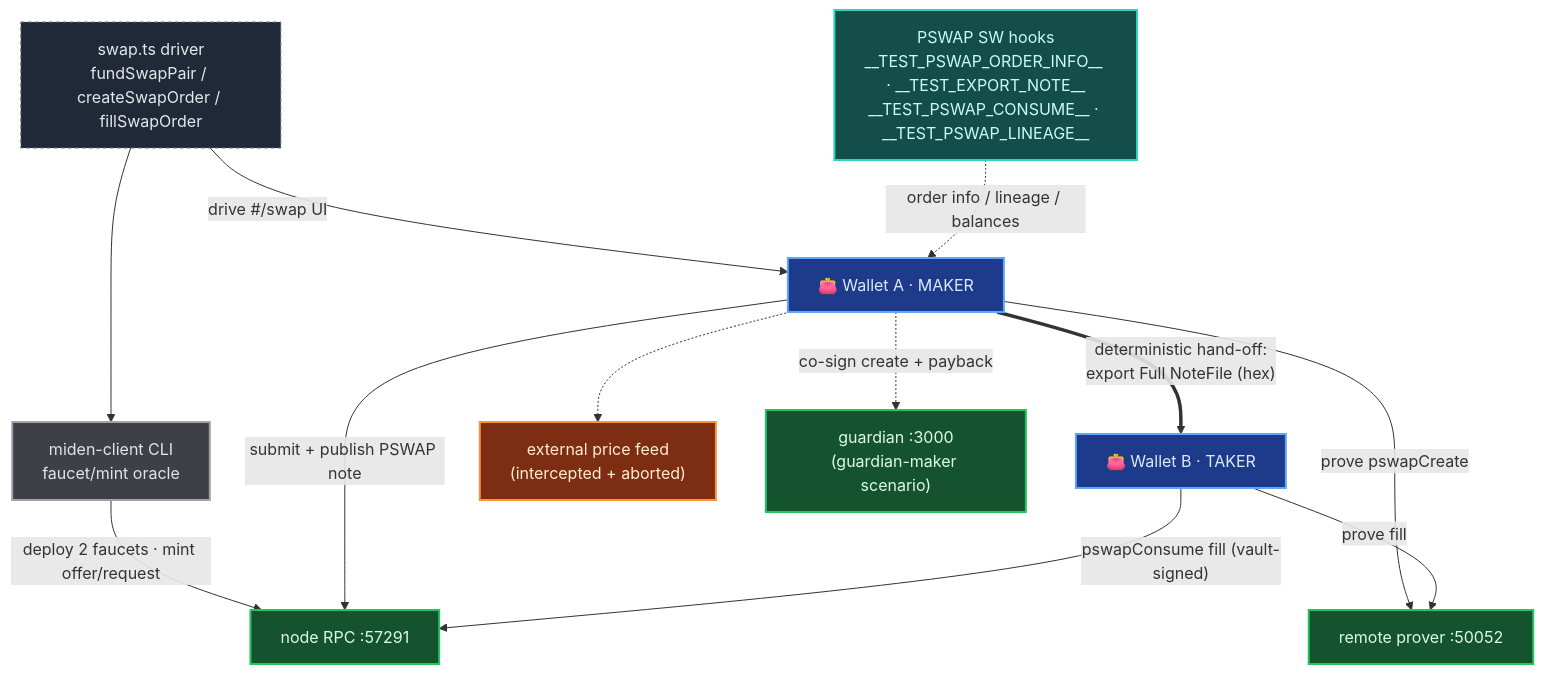
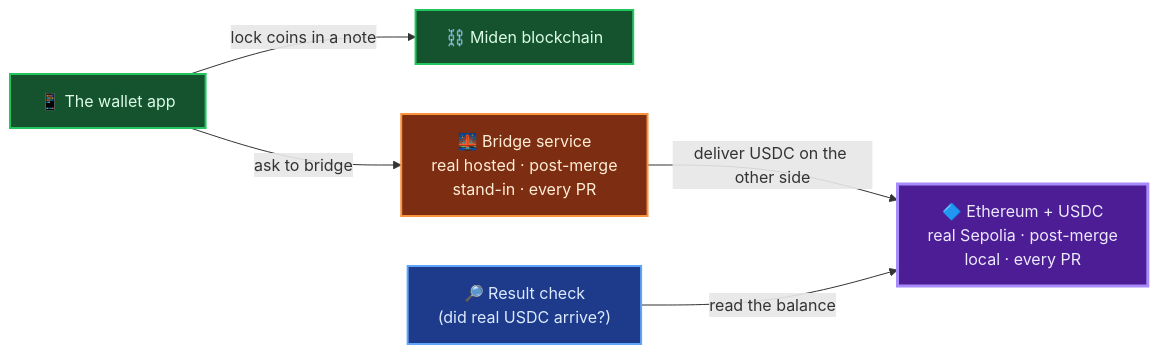
One commit to 0xMiden/wallet changed the fifth of 8 diagrams in playwright/e2e/docs/e2e-architecture.md. Above: the diagram before and after it, drawn with Mermaid. The commit also changed other lines of this file, not shown here.

Commit message:
docs(e2e): rewrite for a non-Miden audience — plainer language, high-level diagrams, corrected claims

````diff
--- a/playwright/e2e/docs/e2e-architecture.md
+++ b/playwright/e2e/docs/e2e-architecture.md
@@ -203,33 +184,18 @@
 ```mermaid
-flowchart TB
-  HELP["swap.ts driver<br/>fundSwapPair / createSwapOrder / fillSwapOrder"]:::infra
-  CLI["miden-client CLI<br/>faucet/mint oracle"]:::cli
+flowchart LR
+  APP["📱 The wallet app"]:::real
+  CHAIN["⛓️ Miden blockchain"]:::real
+  BRIDGE["🌉 Bridge service<br/>real hosted · post-merge<br/>stand-in · every PR"]:::fake
+  ETH["🔷 Ethereum + USDC<br/>real Sepolia · post-merge<br/>local · every PR"]:::world
+  CHECK["🔎 Result check<br/>(did real USDC arrive?)"]:::test
 
-  MK["👛 Wallet A · MAKER"]:::wallet
-  TK["👛 Wallet B · TAKER"]:::wallet
-  HOOKS["PSWAP SW hooks<br/>__TEST_PSWAP_ORDER_INFO__ · __TEST_EXPORT_NOTE__<br/>__TEST_PSWAP_CONSUME__ · __TEST_PSWAP_LINEAGE__"]:::hook
-  PRICE["external price feed<br/>(intercepted + aborted)"]:::double
-
-  SEQ["node RPC :57291"]:::real
-  PROV["remote prover :50052"]:::real
-  GD["guardian :3000<br/>(guardian-maker scenario)"]:::real
-
-  HELP --> CLI
-  CLI -->|"deploy 2 faucets · mint offer/request"| SEQ
-  HELP -->|"drive #/swap UI"| MK
-  MK -->|"prove pswapCreate"| PROV
-  MK -->|"submit + publish PSWAP note"| SEQ
-  MK -.->|"co-sign create + payback"| GD
-  MK ==>|"deterministic hand-off:<br/>export Full NoteFile (hex)"| TK
-  TK -->|"pswapConsume fill (vault-signed)"| SEQ
-  TK -->|"prove fill"| PROV
-  HOOKS -.->|"order info / lineage / balances"| MK
-  MK -.-> PRICE
+  APP -->|"lock coins in a note"| CHAIN
+  APP -->|"ask to bridge"| BRIDGE
+  BRIDGE -->|"deliver USDC on the other side"| ETH
+  CHECK -->|"read the balance"| ETH
 
   classDef real fill:#14532d,stroke:#22c55e,stroke-width:2px,color:#dcfce7;
-  classDef double fill:#7c2d12,stroke:#fb923c,stroke-width:2px,color:#ffedd5;
-  classDef wallet fill:#1e3a8a,stroke:#60a5fa,stroke-width:2px,color:#dbeafe;
-  classDef hook fill:#134e4a,stroke:#2dd4bf,stroke-width:2px,color:#ccfbf1;
-  classDef cli fill:#3f3f46,stroke:#a1a1aa,stroke-width:2px,color:#e4e4e7;
-  classDef infra fill:#1f2937,stroke:#6b7280,stroke-width:1px,color:#e5e7eb,stroke-dasharray:4 3;
+  classDef fake fill:#7c2d12,stroke:#fb923c,stroke-width:2px,color:#ffedd5;
+  classDef world fill:#4c1d95,stroke:#a78bfa,stroke-width:3px,color:#ede9fe;
+  classDef test fill:#1e3a8a,stroke:#60a5fa,stroke-width:2px,color:#dbeafe;
 ```
````
